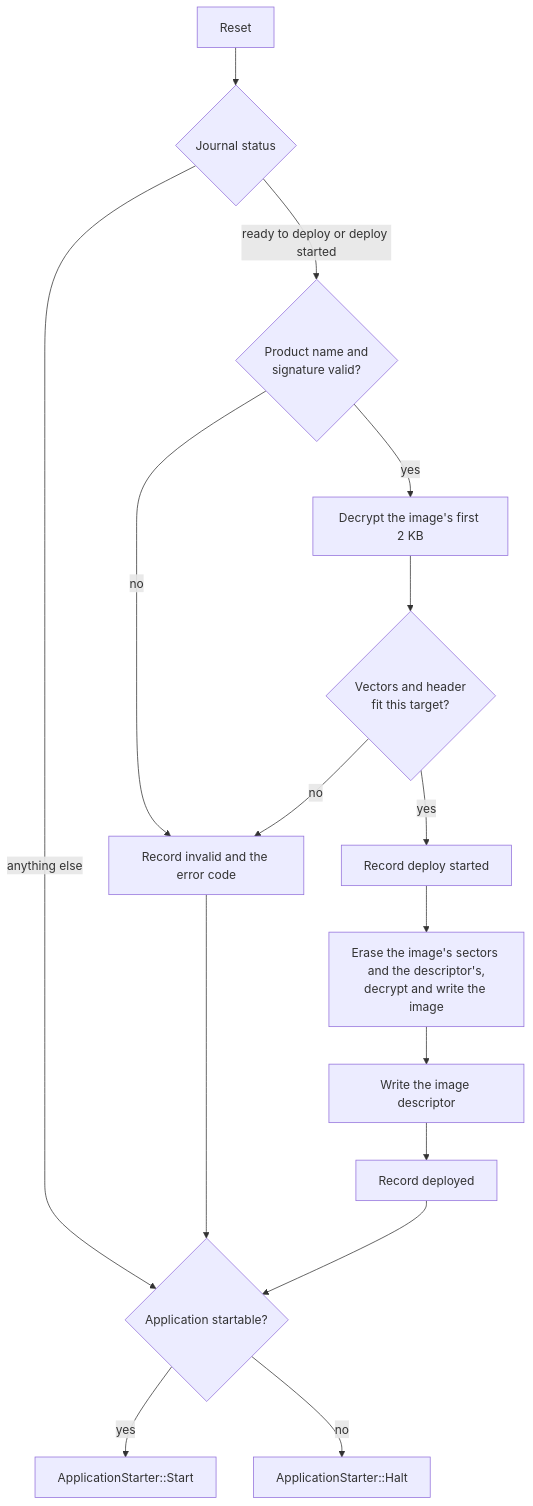
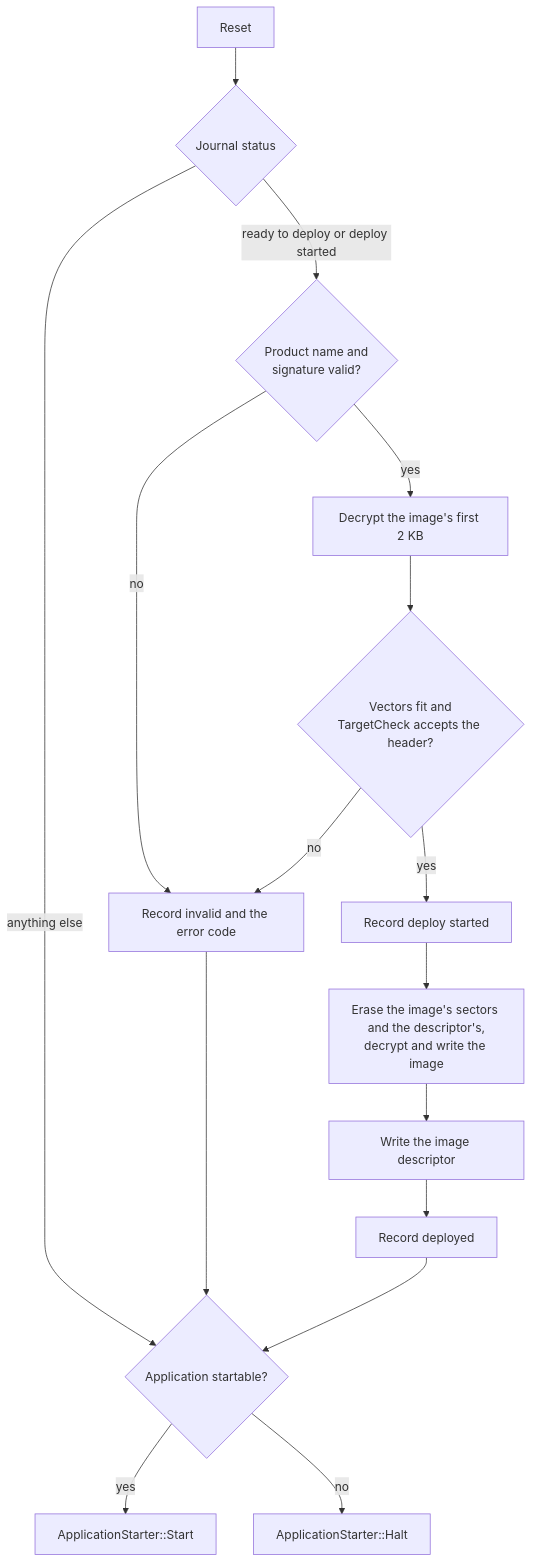
The diagram in docs/Bootloader.md (embedded-pro/embedded-infra-lib), drawn with Mermaid before and after one commit. The commit also changed other lines of this file and 12 other files, not shown here.

First line of the commit message:
feat(bootloader): let the product define and check the image target

````diff
--- a/docs/Bootloader.md
+++ b/docs/Bootloader.md
@@ -19,18 +19,18 @@
 ```mermaid
 flowchart TD
     Reset["Reset"] --> Journal{"Journal status"}
     Journal -- "ready to deploy or deploy started" --> Check{"Product name and<br/>signature valid?"}
     Journal -- "anything else" --> App
     Check -- no --> Invalid["Record invalid and the error code"]
     Invalid --> App
     Check -- yes --> Peek["Decrypt the image's first 2 KB"]
-    Peek --> Target{"Vectors and header<br/>fit this target?"}
+    Peek --> Target{"Vectors fit and<br/>TargetCheck accepts the header?"}
     Target -- no --> Invalid
     Target -- yes --> Started["Record deploy started"]
     Started --> Copy["Erase the image's sectors and the descriptor's,<br/>decrypt and write the image"]
     Copy --> Descriptor["Write the image descriptor"]
     Descriptor --> Deployed["Record deployed"]
     Deployed --> App{"Application startable?"}
     App -- yes --> Start["ApplicationStarter::Start"]
     App -- no --> Halt["ApplicationStarter::Halt"]
 ```
````
